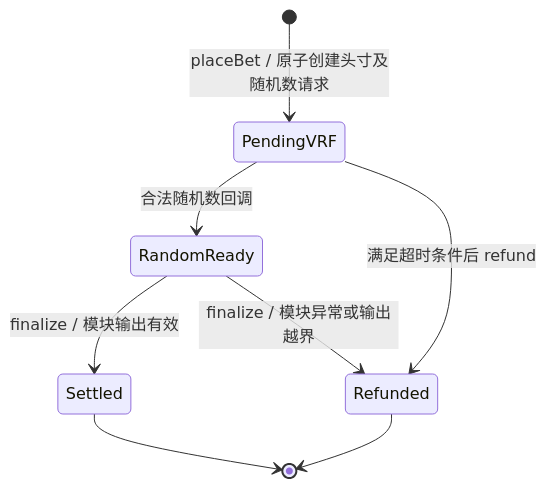
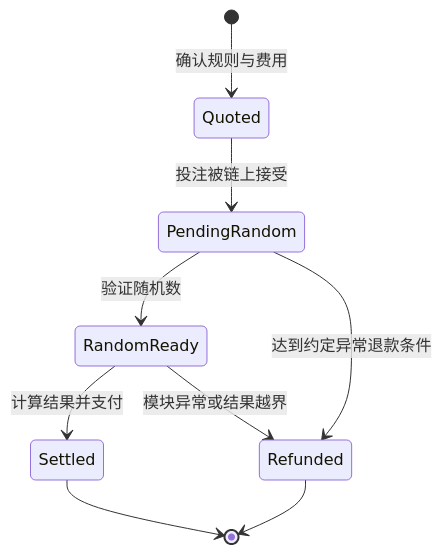
The second of 2 diagrams in docs/WHITEPAPER.zh-CN.md (arbigamefi/ssot_BBOG), drawn with Mermaid before and after one commit. The commit also changed other lines of this file and 6 other files, not shown here.

Commit message:
docs: restore whitepapers as project design and roadmap

````diff
--- a/docs/WHITEPAPER.zh-CN.md
+++ b/docs/WHITEPAPER.zh-CN.md
@@ -117,10 +172,11 @@
 ```mermaid
 stateDiagram-v2
-  [*] --> PendingVRF: placeBet / 原子创建头寸及随机数请求
-  PendingVRF --> RandomReady: 合法随机数回调
-  PendingVRF --> Refunded: 满足超时条件后 refund
-  RandomReady --> Settled: finalize / 模块输出有效
-  RandomReady --> Refunded: finalize / 模块异常或输出越界
+  [*] --> Quoted: 确认规则与费用
+  Quoted --> PendingRandom: 投注被链上接受
+  PendingRandom --> RandomReady: 验证随机数
+  PendingRandom --> Refunded: 达到约定异常退款条件
+  RandomReady --> Settled: 计算结果并支付
+  RandomReady --> Refunded: 模块异常或结果越界
   Settled --> [*]
   Refunded --> [*]
 ```
````
